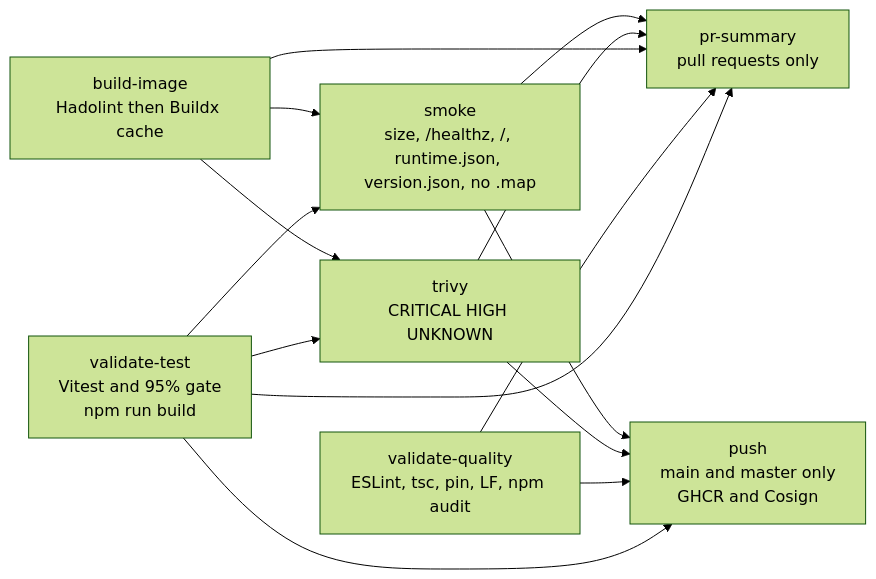
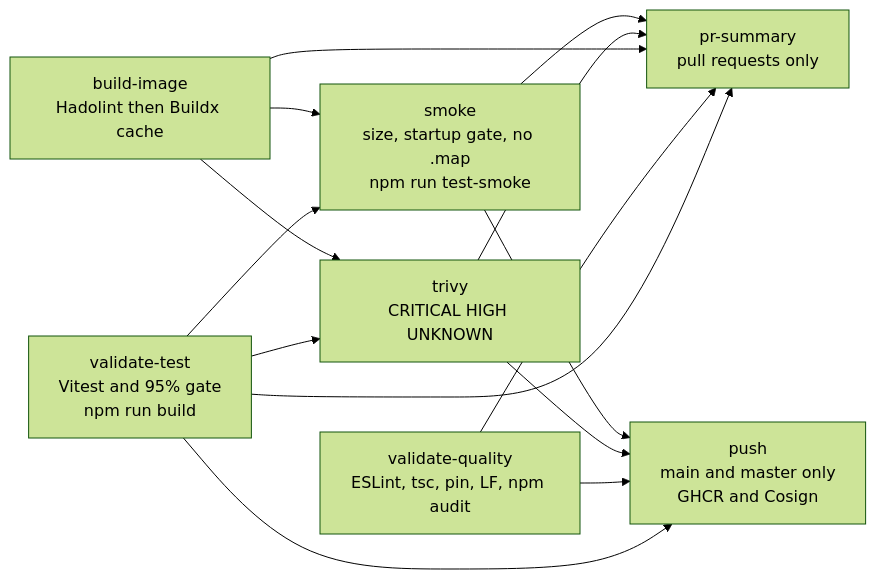
One commit to BCBP-SOLUTIONS-FZC-LLC/web-shell changed the first of 2 diagrams in docs/pipeline/README.md. Above: the diagram before and after it, drawn with Mermaid (forest theme). The commit also changed other lines of this file and 32 other files, not shown here.

````diff
--- a/docs/pipeline/README.md
+++ b/docs/pipeline/README.md
@@ -21,24 +21,24 @@
 ```mermaid
 flowchart LR
     test["validate-test\nVitest and 95% gate\nnpm run build"]
     quality["validate-quality\nESLint, tsc, pin, LF, npm audit"]
     build["build-image\nHadolint then Buildx cache"]
     trivy["trivy\nCRITICAL HIGH UNKNOWN"]
-    smoke["smoke\nsize, /healthz, /, runtime.json, version.json, no .map"]
+    smoke["smoke\nsize, startup gate, no .map\nnpm run test-smoke"]
     summary["pr-summary\npull requests only"]
     push["push\nmain and master only\nGHCR and Cosign"]
 
     test --> trivy
     build --> trivy
     test --> smoke
     build --> smoke
     test --> summary
     quality --> summary
     build --> summary
     trivy --> summary
     smoke --> summary
     test --> push
     quality --> push
     trivy --> push
     smoke --> push
 ```
````
